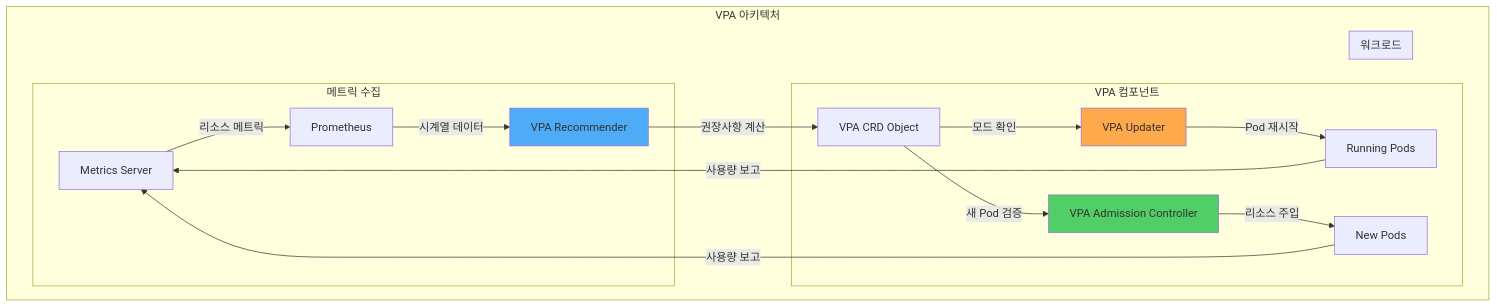
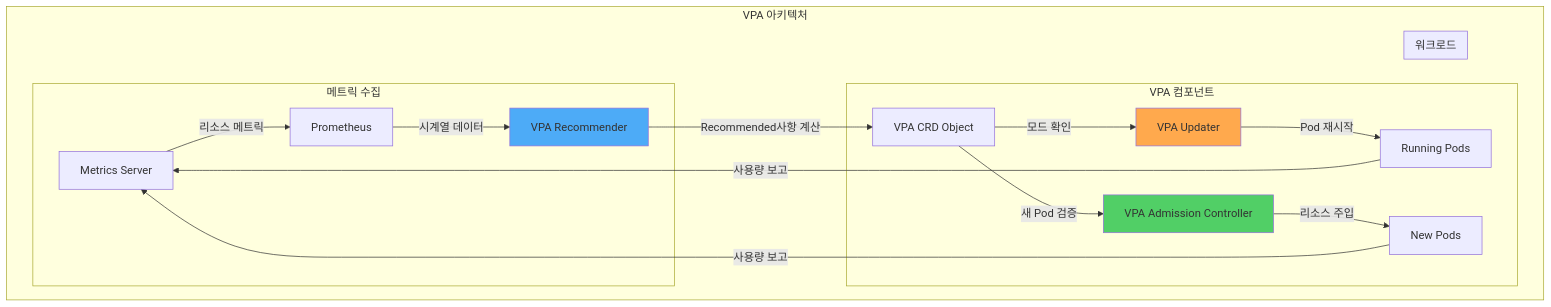
Before and after one commit to devfloor9/engineering-playbook: the fifth of 16 diagrams in i18n/en/docusaurus-plugin-content-docs/current/eks-best-practices/resource-cost/eks-resource-optimization.md, drawn with Mermaid. The commit also changed other lines of this file and 16 other files, not shown here.

````diff
--- a/i18n/en/docusaurus-plugin-content-docs/current/eks-best-practices/resource-cost/eks-resource-optimization.md
+++ b/i18n/en/docusaurus-plugin-content-docs/current/eks-best-practices/resource-cost/eks-resource-optimization.md
@@ -1113,27 +1113,27 @@
 ```mermaid
 graph TB
     subgraph "VPA 아키텍처"
         subgraph "메트릭 수집"
             MS[Metrics Server] -->|리소스 메트릭| PROM[Prometheus]
             PROM -->|시계열 데이터| REC[VPA Recommender]
         end
 
         subgraph "VPA 컴포넌트"
-            REC -->|권장사항 계산| VPA_OBJ[VPA CRD Object]
+            REC -->|Recommended사항 계산| VPA_OBJ[VPA CRD Object]
             VPA_OBJ -->|모드 확인| UPD[VPA Updater]
             VPA_OBJ -->|새 Pod 검증| ADM[VPA Admission Controller]
 
             UPD -->|Pod 재시작| POD[Running Pods]
             ADM -->|리소스 주입| NEW_POD[New Pods]
         end
 
         subgraph "워크로드"
             POD -->|사용량 보고| MS
             NEW_POD -->|사용량 보고| MS
         end
     end
 
     style REC fill:#4dabf7
     style UPD fill:#ffa94d
     style ADM fill:#51cf66
 ```
````
